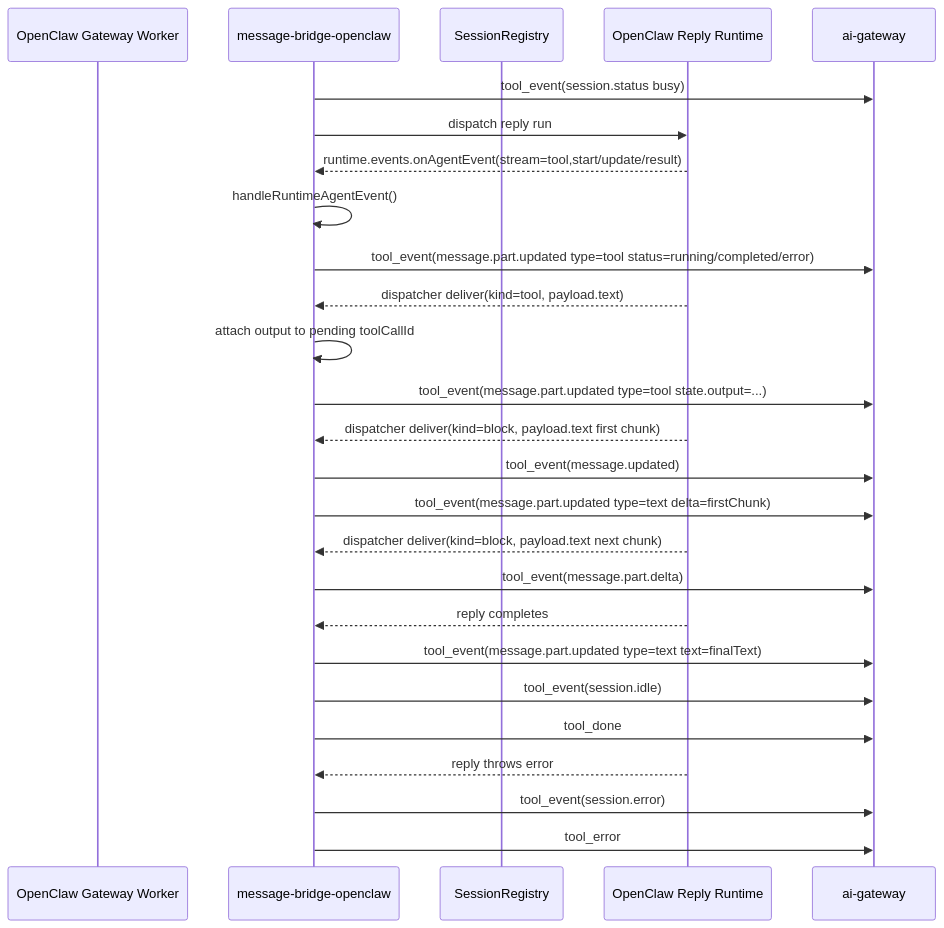
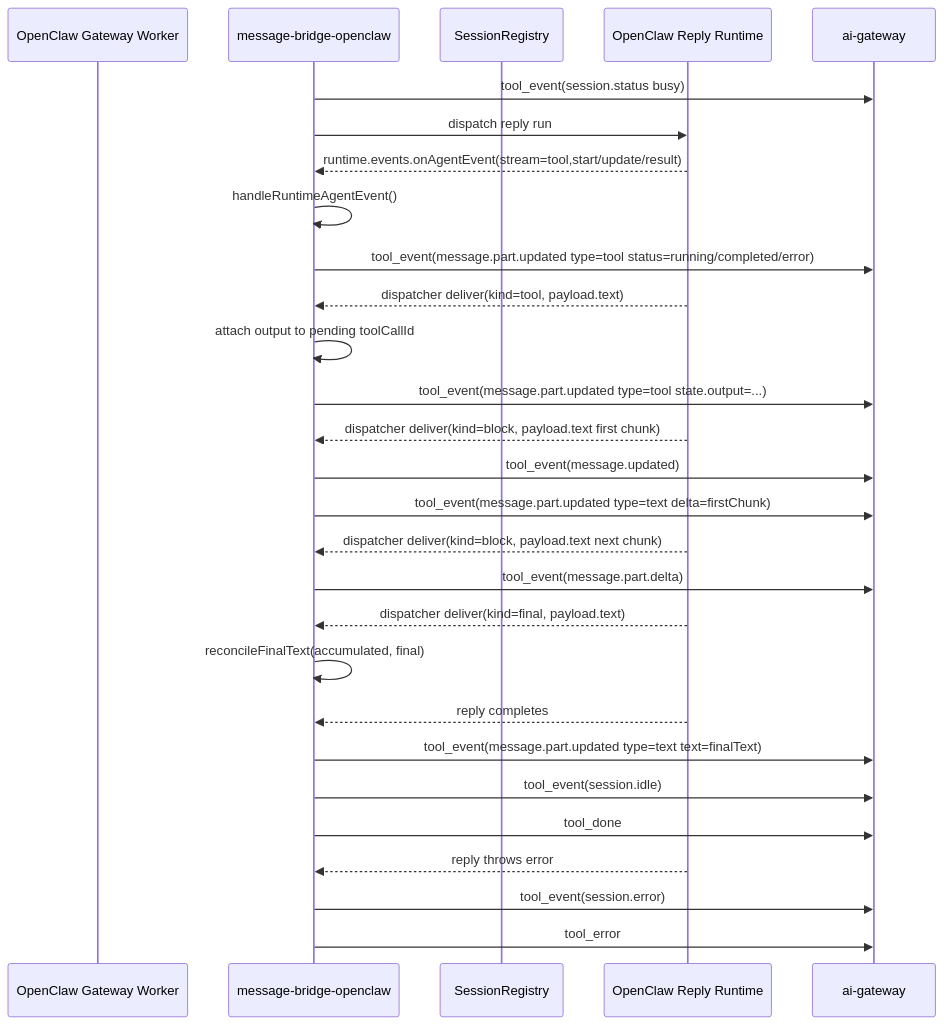
The third of 3 diagrams in plugins/message-bridge-openclaw/docs/protocol-sequence.md (yuzhangCZ/agent-plugin), drawn with Mermaid before and after one commit. The commit also changed other lines of this file and 2 other files, not shown here.

Commit message:
docs(message-bridge-openclaw): document final reconciliation and non-streaming fallback semantics

````diff
--- a/plugins/message-bridge-openclaw/docs/protocol-sequence.md
+++ b/plugins/message-bridge-openclaw/docs/protocol-sequence.md
@@ -153,35 +153,38 @@
 ```mermaid
 sequenceDiagram
   participant OGW as OpenClaw Gateway Worker
   participant MB as message-bridge-openclaw
   participant SR as SessionRegistry
   participant ORR as OpenClaw Reply Runtime
   participant AG as ai-gateway
 
   MB->>AG: tool_event(session.status busy)
   MB->>ORR: dispatch reply run
 
   ORR-->>MB: runtime.events.onAgentEvent(stream=tool,start/update/result)
   MB->>MB: handleRuntimeAgentEvent()
   MB->>AG: tool_event(message.part.updated type=tool status=running/completed/error)
 
   ORR-->>MB: dispatcher deliver(kind=tool, payload.text)
   MB->>MB: attach output to pending toolCallId
   MB->>AG: tool_event(message.part.updated type=tool state.output=...)
 
   ORR-->>MB: dispatcher deliver(kind=block, payload.text first chunk)
   MB->>AG: tool_event(message.updated)
   MB->>AG: tool_event(message.part.updated type=text delta=firstChunk)
 
   ORR-->>MB: dispatcher deliver(kind=block, payload.text next chunk)
   MB->>AG: tool_event(message.part.delta)
 
+  ORR-->>MB: dispatcher deliver(kind=final, payload.text)
+  MB->>MB: reconcileFinalText(accumulated, final)
+
   ORR-->>MB: reply completes
   MB->>AG: tool_event(message.part.updated type=text text=finalText)
   MB->>AG: tool_event(session.idle)
   MB->>AG: tool_done
 
   ORR-->>MB: reply throws error
   MB->>AG: tool_event(session.error)
   MB->>AG: tool_error
 ```
````
